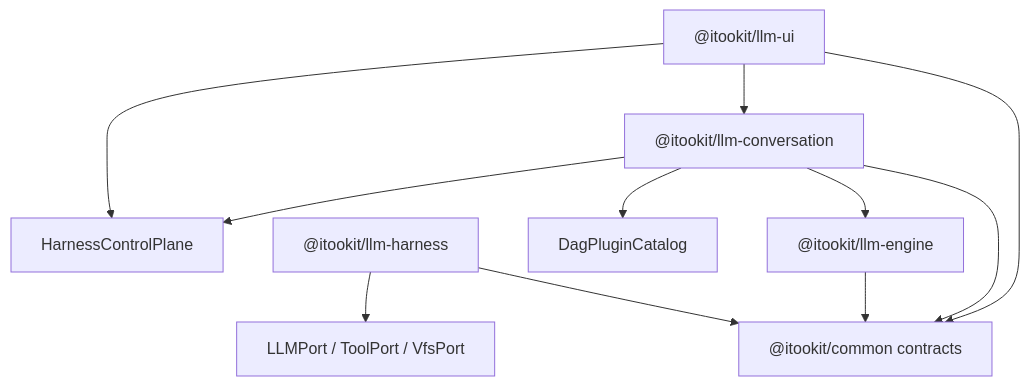
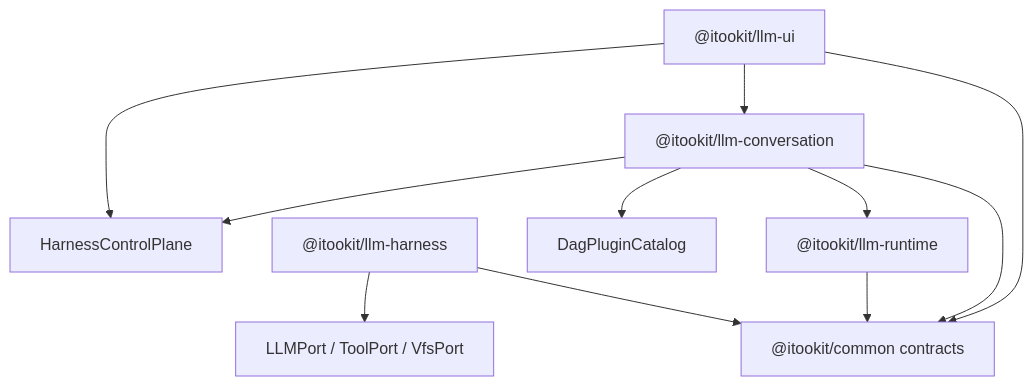
One commit to mushuanli/itookit changed the diagram in doc/feat/llm-v3-design.md. Above: the diagram before and after it, drawn with Mermaid. The commit also changed other lines of this file and 262 other files, not shown here.

First line of the commit message:
feat: v4.2g LLM architecture consolidation

````diff
--- a/doc/feat/llm-v3-design.md
+++ b/doc/feat/llm-v3-design.md
@@ -24,13 +24,13 @@
 ```mermaid
 flowchart TD
     UI["@itookit/llm-ui"] --> Conversation["@itookit/llm-conversation"]
     UI --> Control["HarnessControlPlane"]
-    Conversation --> Engine["@itookit/llm-engine"]
+    Conversation --> Engine["@itookit/llm-runtime"]
     Conversation --> Control
     Conversation --> Plugins["DagPluginCatalog"]
     Harness["@itookit/llm-harness"] --> Contracts["@itookit/common contracts"]
     Engine --> Contracts
     Conversation --> Contracts
     UI --> Contracts
     Harness --> Ports["LLMPort / ToolPort / VfsPort"]
 ```
````
